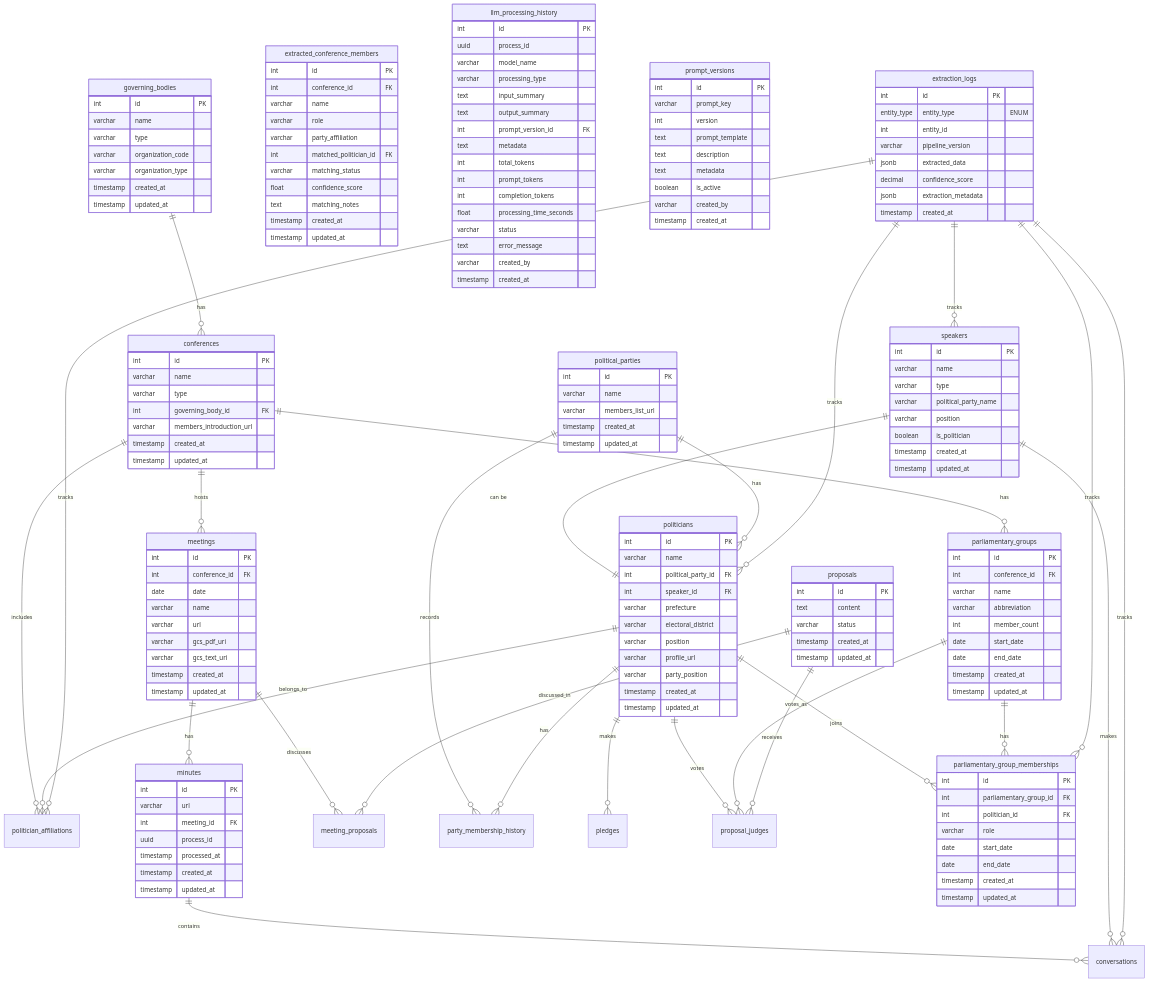
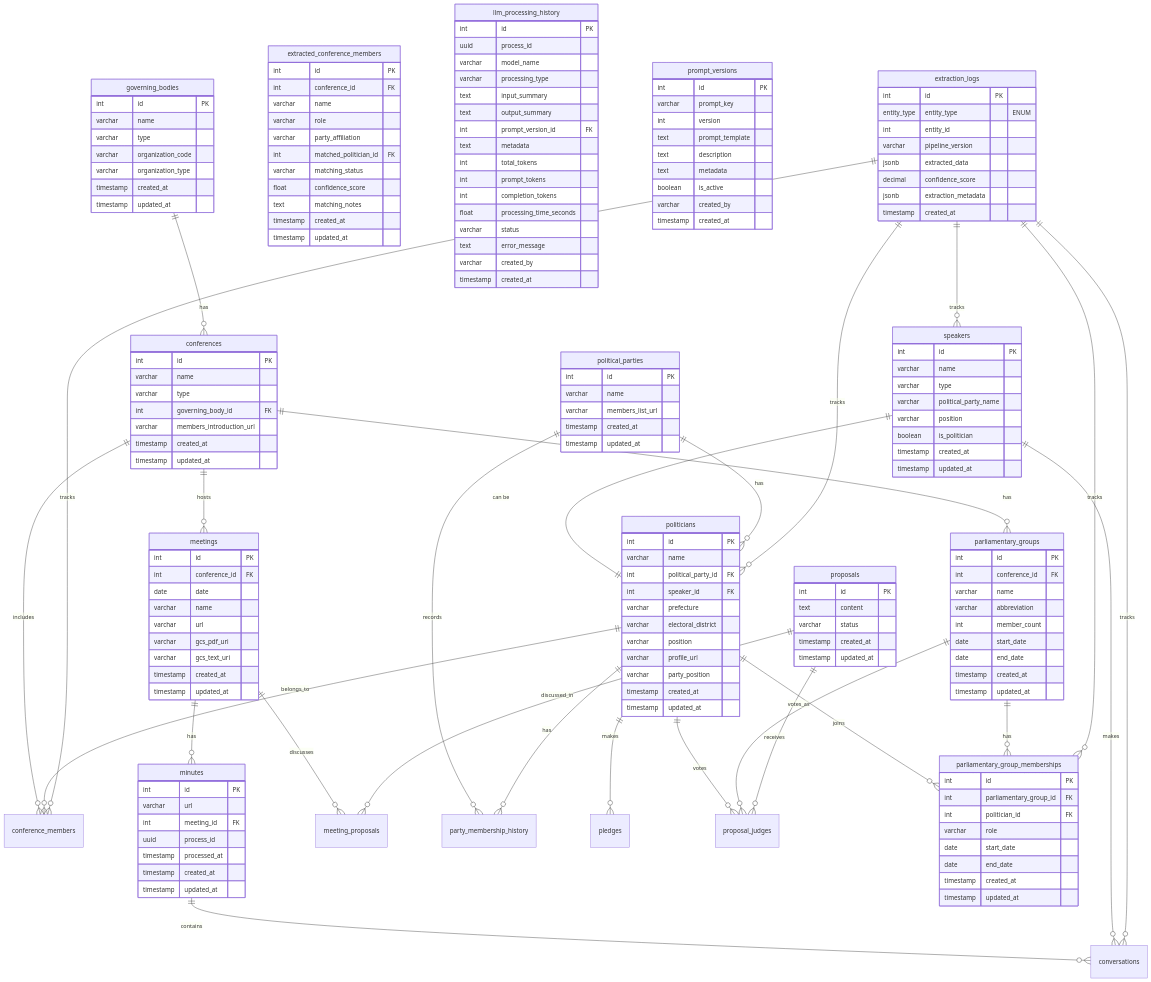
The diagram in docs/architecture/database-design.md (sage-base/sagebase), drawn with Mermaid before and after one commit. The commit also changed other lines of this file and 20 other files, not shown here.

First line of the commit message:
politician_affiliations → conference_members テーブルリネーム (#1285)

```diff
--- a/docs/architecture/database-design.md
+++ b/docs/architecture/database-design.md
@@ -37,7 +37,7 @@
     }
 
     conferences ||--o{ meetings : hosts
-    conferences ||--o{ politician_affiliations : includes
+    conferences ||--o{ conference_members : includes
     conferences ||--o{ parliamentary_groups : has
     conferences {
         int id PK
@@ -100,7 +100,7 @@
     politicians ||--o{ pledges : makes
     politicians ||--o{ proposal_judges : votes
     politicians ||--o{ party_membership_history : has
-    politicians ||--o{ politician_affiliations : belongs_to
+    politicians ||--o{ conference_members : belongs_to
     politicians ||--o{ parliamentary_group_memberships : joins
     politicians {
         int id PK
@@ -199,7 +199,7 @@
     extraction_logs ||--o{ conversations : "tracks"
     extraction_logs ||--o{ politicians : "tracks"
     extraction_logs ||--o{ speakers : "tracks"
-    extraction_logs ||--o{ politician_affiliations : "tracks"
+    extraction_logs ||--o{ conference_members : "tracks"
     extraction_logs ||--o{ parliamentary_group_memberships : "tracks"
     extraction_logs {
         int id PK
```
